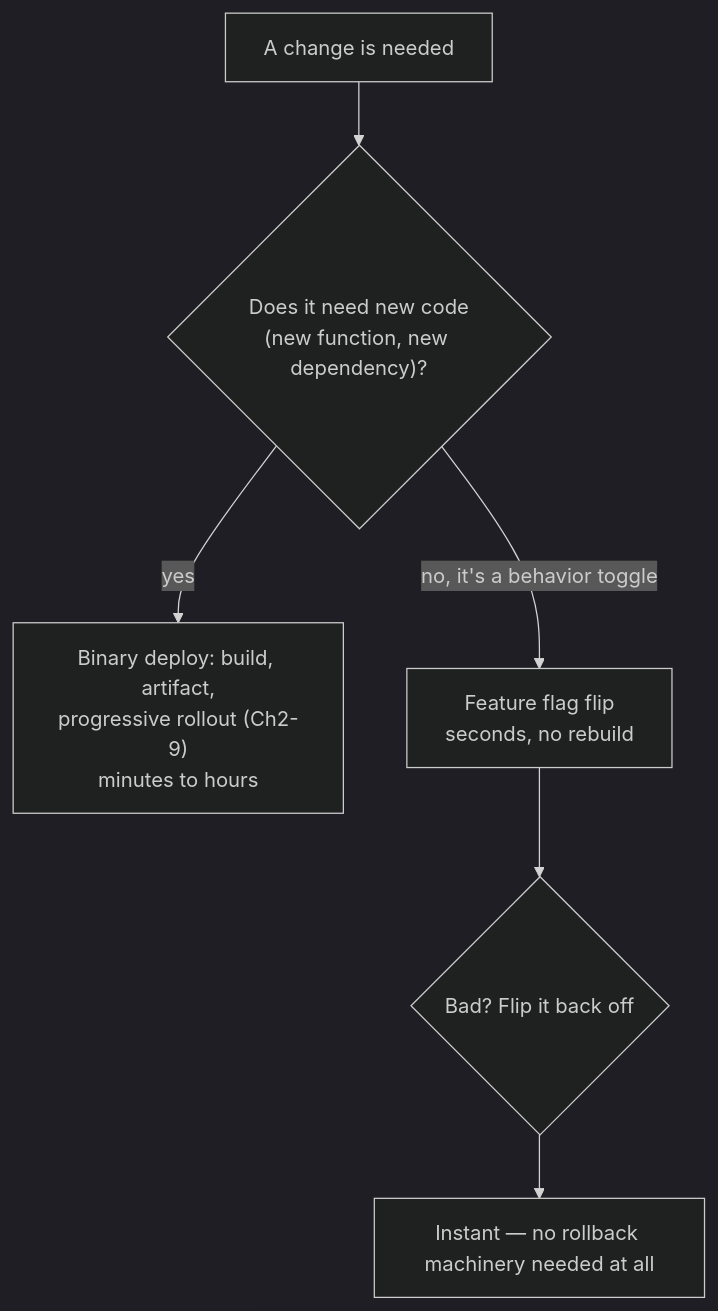
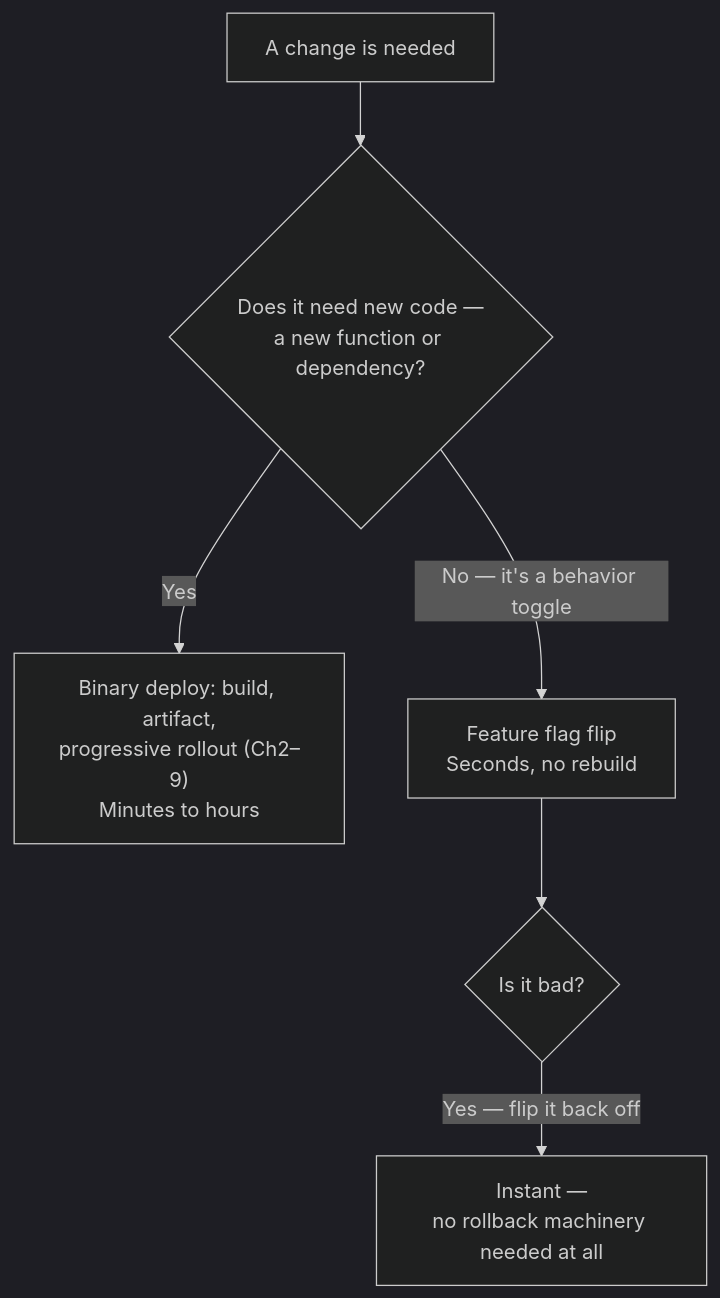
Before and after one commit to riyaz-pasha/Learnings: the tenth of 13 diagrams in system-design/HLD/0-course/40-Design-a-Deployment-System-FAANG-Guide-story.md, drawn with Mermaid (dark theme). The commit also changed other lines of this file and 1 other file, not shown here.

Commit message:
[REWRITE] Deployment System story guide: simplify prose, add structure, fix diagrams

````diff
--- a/system-design/HLD/0-course/40-Design-a-Deployment-System-FAANG-Guide-story.md
+++ b/system-design/HLD/0-course/40-Design-a-Deployment-System-FAANG-Guide-story.md
@@ -301,8 +558,8 @@
 ```mermaid
 flowchart TD
-    A["A change is needed"] --> B{"Does it need new code\n(new function, new dependency)?"}
-    B -- yes --> C["Binary deploy: build, artifact,\nprogressive rollout (Ch2-9)\nminutes to hours"]
-    B -- "no, it's a behavior toggle" --> D["Feature flag flip\nseconds, no rebuild"]
-    D --> E{"Bad? Flip it back off"}
-    E --> F["Instant — no rollback machinery needed at all"]
+    A["A change is needed"] --> B{"Does it need new code —<br/>a new function or dependency?"}
+    B -- "Yes" --> C["Binary deploy: build, artifact,<br/>progressive rollout (Ch2–9)<br/>Minutes to hours"]
+    B -- "No — it's a behavior toggle" --> D["Feature flag flip<br/>Seconds, no rebuild"]
+    D --> E{"Is it bad?"}
+    E -- "Yes — flip it back off" --> F["Instant —<br/>no rollback machinery needed at all"]
 ```
````
